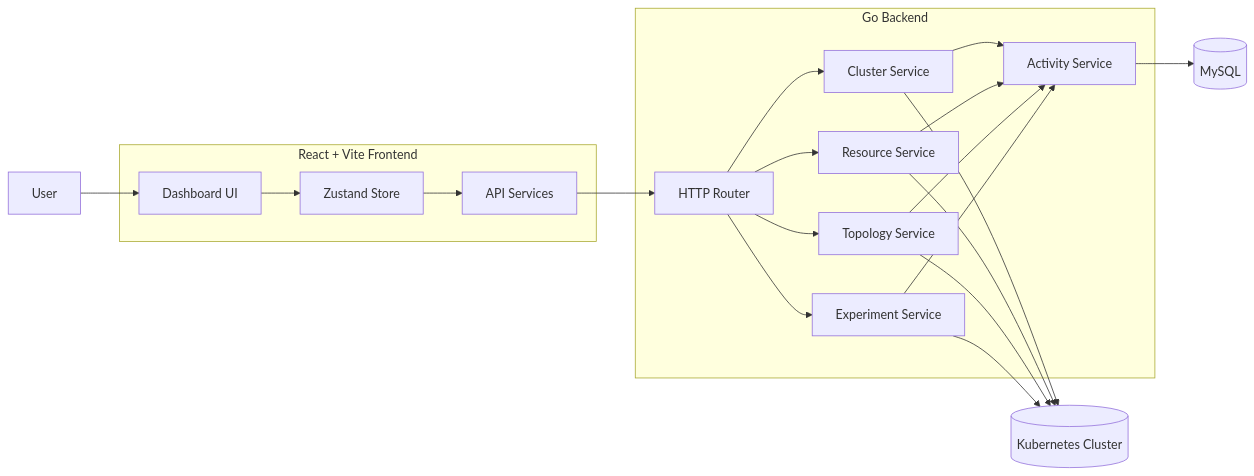
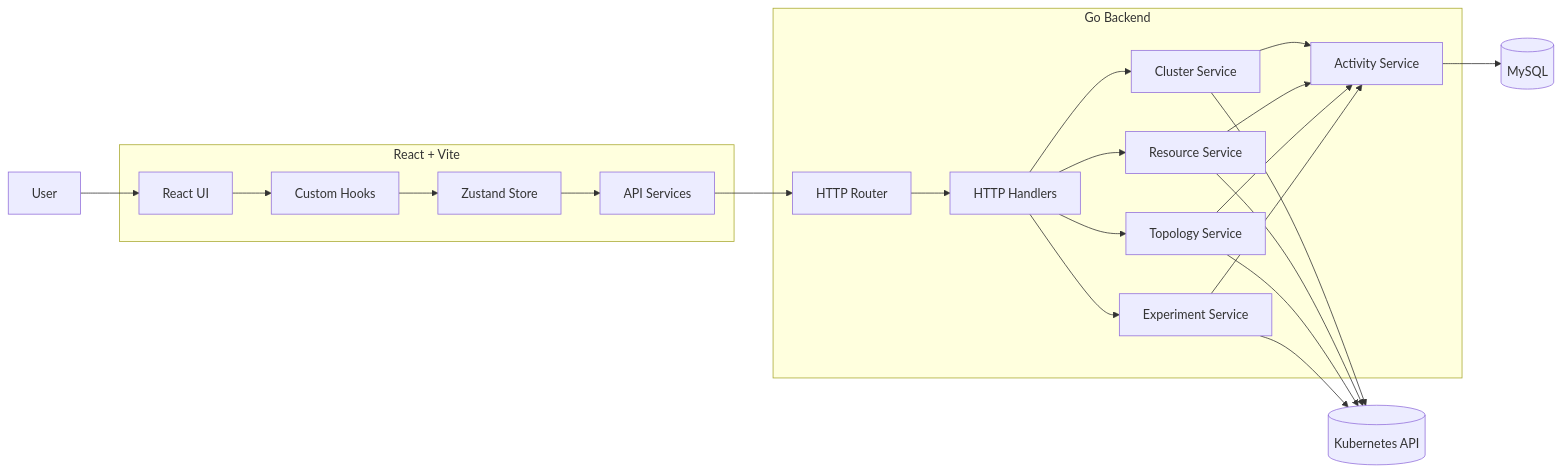
One commit to rohIta-k/k8lab changed the diagram in README.md. Above: the diagram before and after it, drawn with Mermaid. The commit also changed other lines of this file, not shown here.

````diff
--- a/README.md
+++ b/README.md
@@ -131,45 +151,48 @@
-``` mermaid
+```mermaid
 flowchart LR
     User[User]
 
-    subgraph Frontend["React + Vite Frontend"]
-        UI[Dashboard UI]
+    subgraph Frontend["React + Vite"]
+        UI[React UI]
         Store[Zustand Store]
+        Hooks[Custom Hooks]
         Services[API Services]
     end
 
     subgraph Backend["Go Backend"]
         Router[HTTP Router]
-
+        Handlers[HTTP Handlers]
         Cluster[Cluster Service]
         Resource[Resource Service]
         Topology[Topology Service]
         Experiment[Experiment Service]
         Activity[Activity Service]
     end
 
-    K8s[(Kubernetes Cluster)]
+    K8s[(Kubernetes API)]
     MySQL[(MySQL)]
 
     User --> UI
-    UI --> Store
+    UI --> Hooks
+    Hooks --> Store
     Store --> Services
     Services --> Router
+    Router --> Handlers
 
-    Router --> Cluster
-    Router --> Resource
-    Router --> Topology
-    Router --> Experiment
+    Handlers --> Cluster
+    Handlers --> Resource
+    Handlers --> Topology
+    Handlers --> Experiment
 
     Cluster --> K8s
     Resource --> K8s
     Topology --> K8s
     Experiment --> K8s
 
     Cluster --> Activity
     Resource --> Activity
     Topology --> Activity
     Experiment --> Activity
 
     Activity --> MySQL
 ```
````
